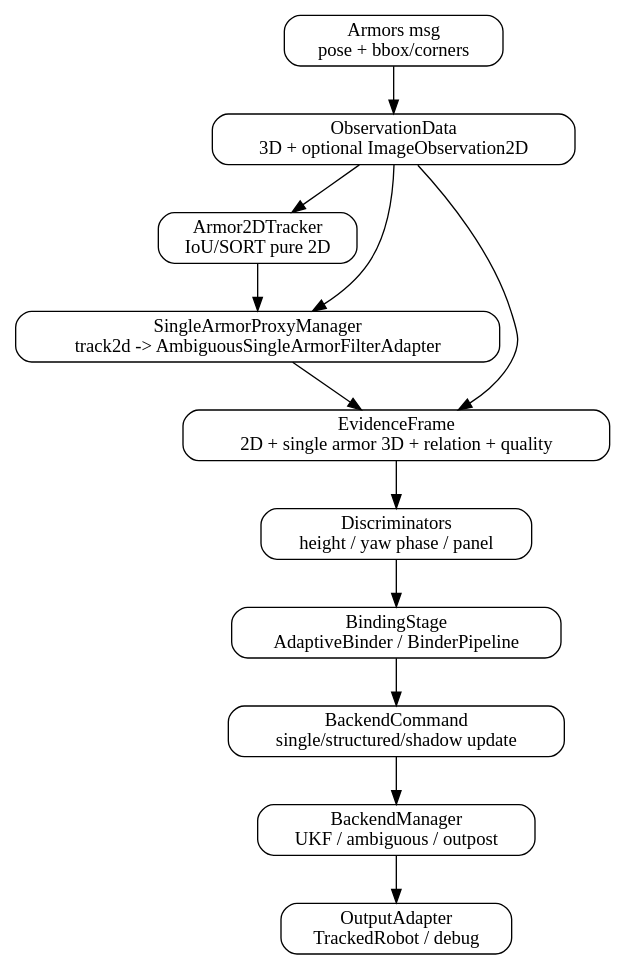
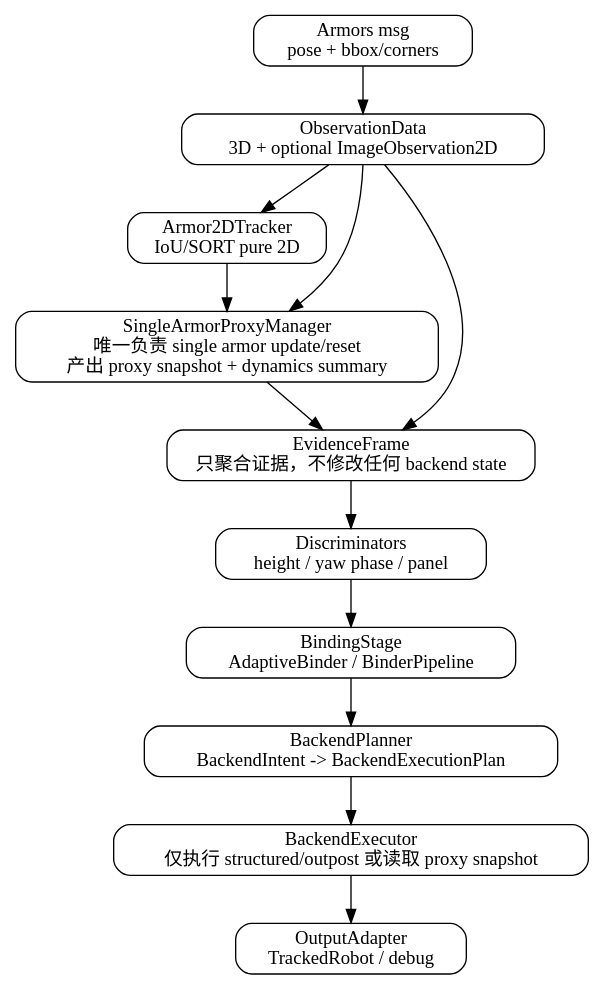
The diagram in src/rm_auto_aim/gimbal_pipeline/docs/Norm4_tracker优化/max_entropy_tracker_common_pipeline_with_2d_design.md (0X5A0X480X52/hfut_rm_auto_aim_ws), drawn with Graphviz before and after one commit. The commit also changed other lines of this file and 19 other files, not shown here.

````diff
--- a/src/rm_auto_aim/gimbal_pipeline/docs/Norm4_tracker优化/max_entropy_tracker_common_pipeline_with_2d_design.md
+++ b/src/rm_auto_aim/gimbal_pipeline/docs/Norm4_tracker优化/max_entropy_tracker_common_pipeline_with_2d_design.md
@@ -908,22 +981,22 @@
 ```dot
 digraph MaxEntropyTrackerCommonPipeline {
   rankdir=TB;
   node [shape=box, style="rounded"];
 
   msg [label="Armors msg\npose + bbox/corners"];
   obs [label="ObservationData\n3D + optional ImageObservation2D"];
   track2d [label="Armor2DTracker\nIoU/SORT pure 2D"];
-  proxy [label="SingleArmorProxyManager\ntrack2d -> AmbiguousSingleArmorFilterAdapter"];
-  evidence [label="EvidenceFrame\n2D + single armor 3D + relation + quality"];
+  proxy [label="SingleArmorProxyManager\n唯一负责 single armor update/reset\n产出 proxy snapshot + dynamics summary"];
+  evidence [label="EvidenceFrame\n只聚合证据，不修改任何 backend state"];
   discrim [label="Discriminators\nheight / yaw phase / panel"];
   binding [label="BindingStage\nAdaptiveBinder / BinderPipeline"];
-  command [label="BackendCommand\nsingle/structured/shadow update"];
-  backend [label="BackendManager\nUKF / ambiguous / outpost"];
+  planner [label="BackendPlanner\nBackendIntent -> BackendExecutionPlan"];
+  backend [label="BackendExecutor\n仅执行 structured/outpost 或读取 proxy snapshot"];
   output [label="OutputAdapter\nTrackedRobot / debug"];
 
   msg -> obs -> track2d -> proxy -> evidence;
   obs -> evidence;
   obs -> proxy;
-  evidence -> discrim -> binding -> command -> backend -> output;
+  evidence -> discrim -> binding -> planner -> backend -> output;
 }
 ```
````
